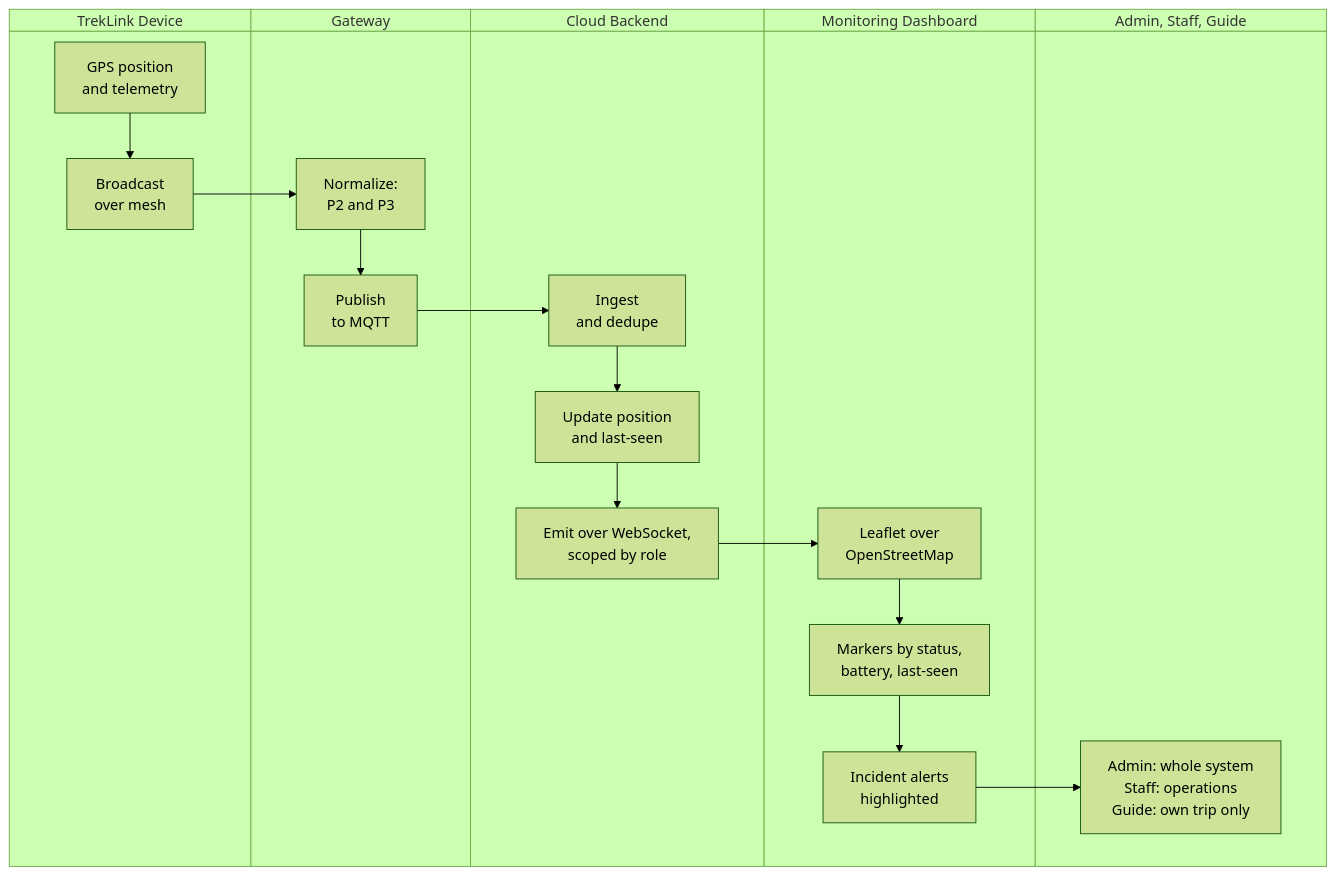
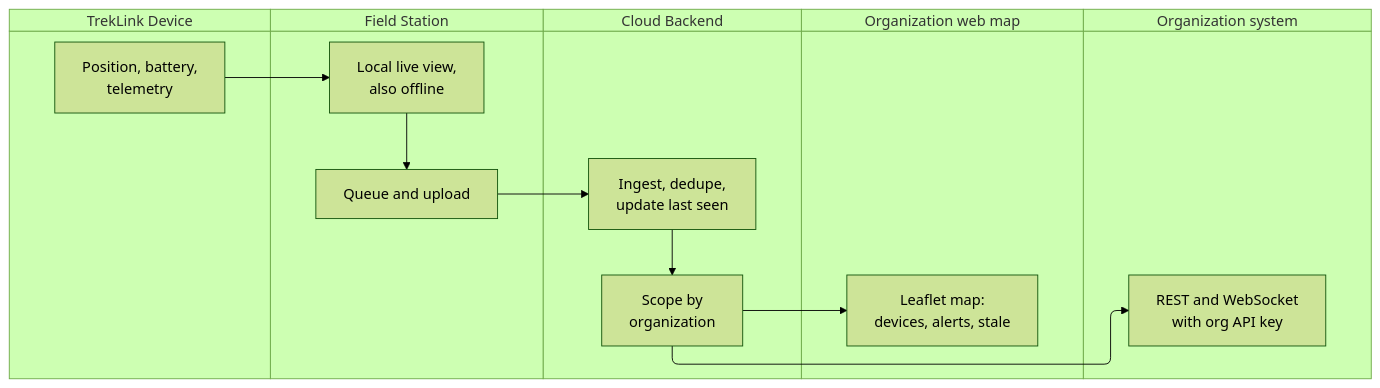
One commit to TrekLink-Team/treklink-docs changed the fourth of 5 diagrams in _docs/00-project-context/05-main-flows.md. Above: the diagram before and after it, drawn with Mermaid (forest theme). The commit also changed other lines of this file and 8 other files, not shown here.

````diff
--- a/_docs/00-project-context/05-main-flows.md
+++ b/_docs/00-project-context/05-main-flows.md
@@ -280,25 +276,23 @@
 ```mermaid
 swimlane-beta TB
     subgraph device["TrekLink Device"]
-        d1[GPS position<br/>and telemetry]
-        d2[Broadcast<br/>over mesh]
+        d1[Position, battery,<br/>telemetry]
     end
-    subgraph gateway["Gateway"]
-        w1[Normalize:<br/>P2 and P3]
-        w2[Publish<br/>to MQTT]
+    subgraph station["Field Station"]
+        f1[Local live view,<br/>also offline]
+        f2[Queue and upload]
     end
     subgraph cloud["Cloud Backend"]
-        b1[Ingest<br/>and dedupe]
-        b2[Update position<br/>and last-seen]
-        b3[Emit over WebSocket,<br/>scoped by role]
+        b1[Ingest, dedupe,<br/>update last seen]
+        b2[Scope by<br/>organization]
     end
-    subgraph ui["Monitoring Dashboard"]
-        u1[Leaflet over<br/>OpenStreetMap]
-        u2[Markers by status,<br/>battery, last-seen]
-        u3[Incident alerts<br/>highlighted]
+    subgraph web["Organization web map"]
+        u1[Leaflet map:<br/>devices, alerts, stale]
     end
-    subgraph viewers["Admin, Staff, Guide"]
-        r1[Admin: whole system<br/>Staff: operations<br/>Guide: own trip only]
+    subgraph api["Organization system"]
+        a1[REST and WebSocket<br/>with org API key]
     end
-    d1 --> d2 --> w1 --> w2 --> b1 --> b2 --> b3 --> u1 --> u2 --> u3 --> r1
+    d1 --> f1 --> f2 --> b1 --> b2
+    b2 --> u1
+    b2 --> a1
 ```
````
